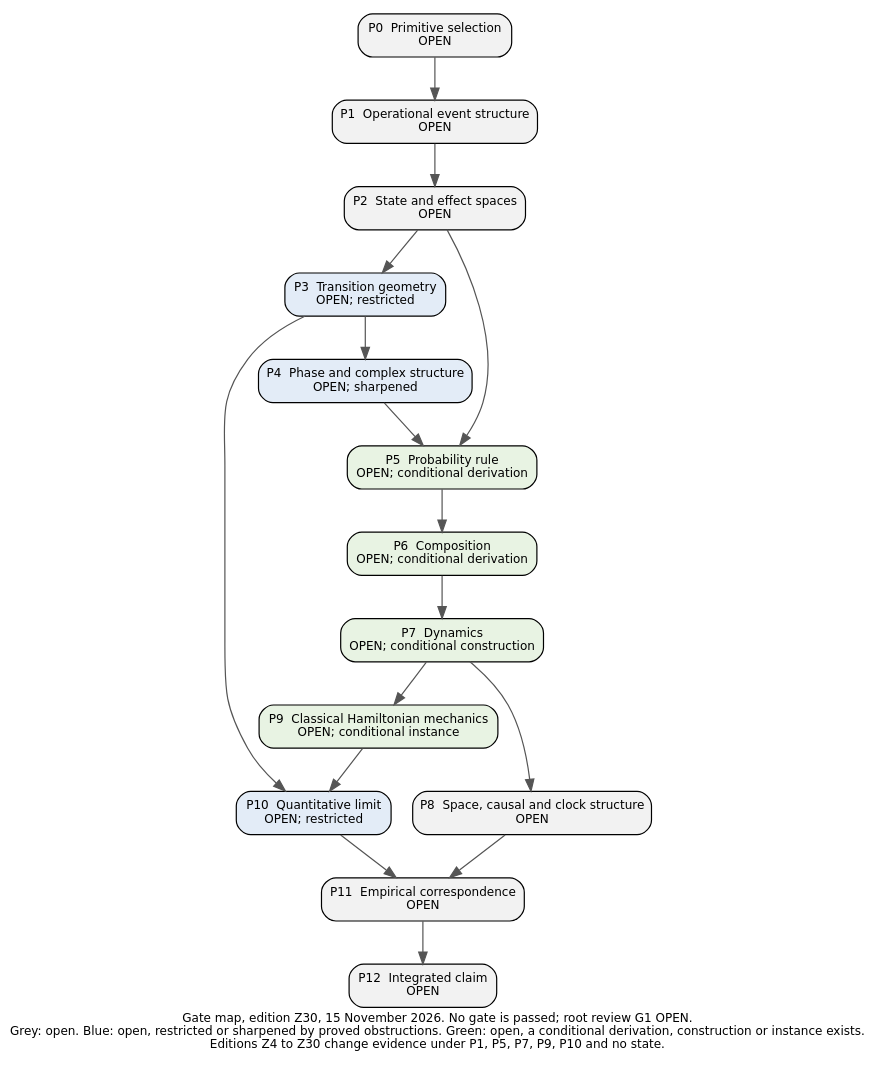
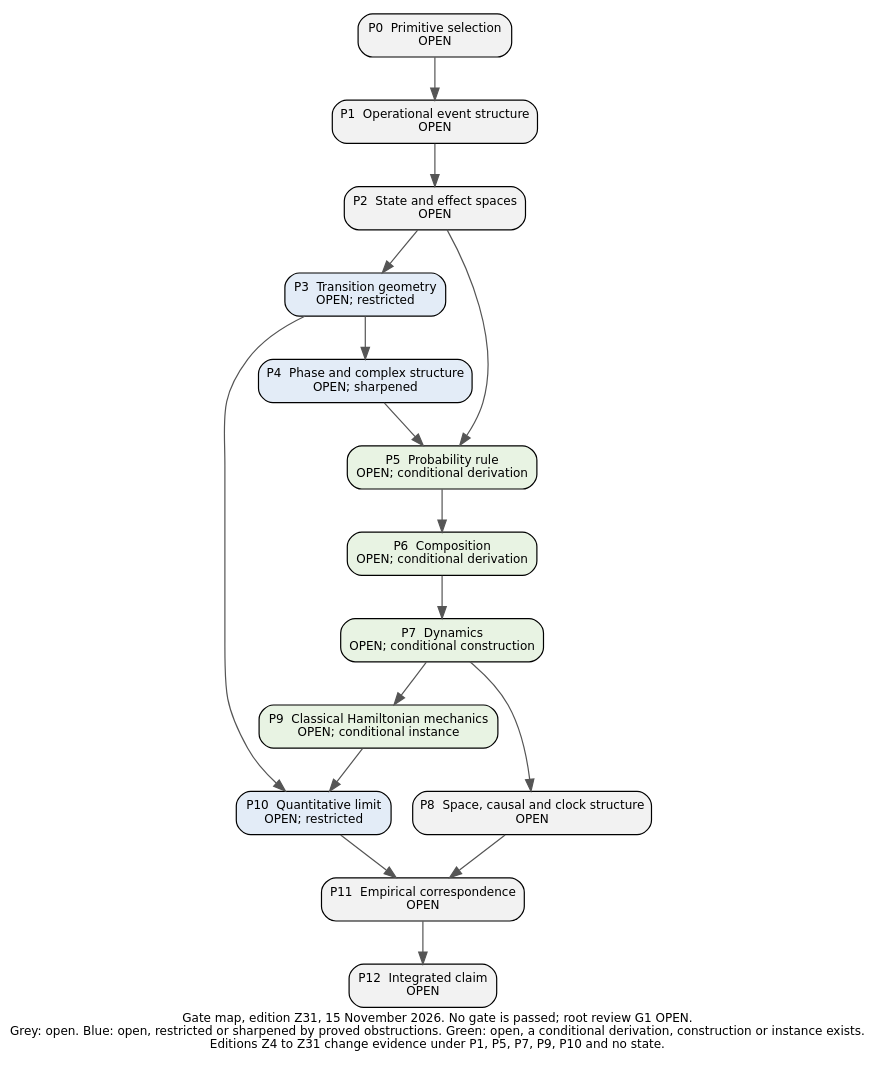
Before and after one commit to KirtusJ/From-Prephysical-Hypotheses-to-Physical-Models: the diagram in edition/PROGRAM/figures/Gate_Map_2026-11-13.dot, drawn with Graphviz. The commit also changed 94 other files, not shown here.

```diff
--- a/edition/PROGRAM/figures/Gate_Map_2026-11-13.dot
+++ b/edition/PROGRAM/figures/Gate_Map_2026-11-13.dot
@@ -1,30 +1,30 @@
-digraph G { rankdir=TB; node [shape=box, style="filled,rounded", fontname="DejaVu Sans", fontsize=10, margin="0.12,0.07"]; edge [color="#555555"]; label="Gate map, edition Z30, 15 November 2026. No gate is passed; root review G1 OPEN.\nGrey: open. Blue: open, restricted or sharpened by proved obstructions. Green: open, a conditional derivation, construction or instance exists.\nEditions Z4 to Z30 change evidence under P1, P5, P7, P9, P10 and no state."; fontname="DejaVu Sans"; fontsize=10; labelloc=b;
+digraph G { rankdir=TB; node [shape=box, style="filled,rounded", fontname="DejaVu Sans", fontsize=10, margin="0.12,0.07"]; edge [color="#555555"]; label="Gate map, edition Z31, 15 November 2026. No gate is passed; root review G1 OPEN.\nGrey: open. Blue: open, restricted or sharpened by proved obstructions. Green: open, a conditional derivation, construction or instance exists.\nEditions Z4 to Z31 change evidence under P1, P5, P7, P9, P10 and no state."; fontname="DejaVu Sans"; fontsize=10; labelloc=b;
 P0 [label="P0  Primitive selection\nOPEN", fillcolor="#f2f2f2"];
 P1 [label="P1  Operational event structure\nOPEN", fillcolor="#f2f2f2"];
 P2 [label="P2  State and effect spaces\nOPEN", fillcolor="#f2f2f2"];
 P3 [label="P3  Transition geometry\nOPEN; restricted", fillcolor="#e3ecf7"];
 P4 [label="P4  Phase and complex structure\nOPEN; sharpened", fillcolor="#e3ecf7"];
 P5 [label="P5  Probability rule\nOPEN; conditional derivation", fillcolor="#e8f3e3"];
 P6 [label="P6  Composition\nOPEN; conditional derivation", fillcolor="#e8f3e3"];
 P7 [label="P7  Dynamics\nOPEN; conditional construction", fillcolor="#e8f3e3"];
 P8 [label="P8  Space, causal and clock structure\nOPEN", fillcolor="#f2f2f2"];
 P9 [label="P9  Classical Hamiltonian mechanics\nOPEN; conditional instance", fillcolor="#e8f3e3"];
 P10 [label="P10  Quantitative limit\nOPEN; restricted", fillcolor="#e3ecf7"];
 P11 [label="P11  Empirical correspondence\nOPEN", fillcolor="#f2f2f2"];
 P12 [label="P12  Integrated claim\nOPEN", fillcolor="#f2f2f2"];
 P0 -> P1;
 P1 -> P2;
 P2 -> P3;
 P3 -> P4;
 P2 -> P5;
 P4 -> P5;
 P5 -> P6;
 P6 -> P7;
 P7 -> P8;
 P7 -> P9;
 P3 -> P10;
 P9 -> P10;
 P8 -> P11;
 P10 -> P11;
 P11 -> P12;
 }
```
